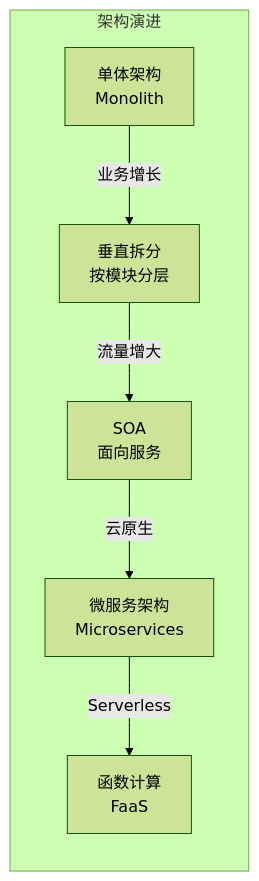
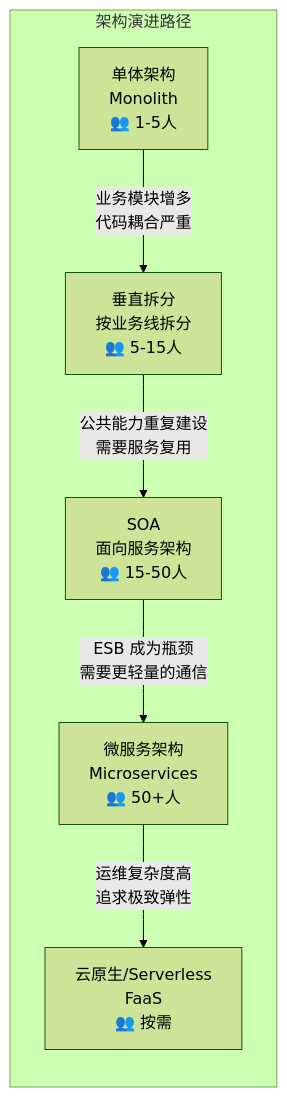
The first of 6 diagrams in docs/09-software-engineering/02-软件架构演进.md (b1tzer/b1tzer.github.io), drawn with Mermaid (forest theme) before and after one commit. The commit also changed other lines of this file, not shown here.

````diff
--- a/docs/09-software-engineering/02-软件架构演进.md
+++ b/docs/09-software-engineering/02-软件架构演进.md
@@ -11,9 +23,9 @@
 ```mermaid
 flowchart LR
-    subgraph 架构演进
-        A[单体架构<br>Monolith] -->|业务增长| B[垂直拆分<br>按模块分层]
-        B -->|流量增大| C[SOA<br>面向服务]
-        C -->|云原生| D[微服务架构<br>Microservices]
-        D -->|Serverless| E[函数计算<br>FaaS]
+    subgraph 架构演进路径
+        A["单体架构<br>Monolith<br>👥 1-5人"] -->|"业务模块增多<br>代码耦合严重"| B["垂直拆分<br>按业务线拆分<br>👥 5-15人"]
+        B -->|"公共能力重复建设<br>需要服务复用"| C["SOA<br>面向服务架构<br>👥 15-50人"]
+        C -->|"ESB 成为瓶颈<br>需要更轻量的通信"| D["微服务架构<br>Microservices<br>👥 50+人"]
+        D -->|"运维复杂度高<br>追求极致弹性"| E["云原生/Serverless<br>FaaS<br>👥 按需"]
     end
 ```
````
